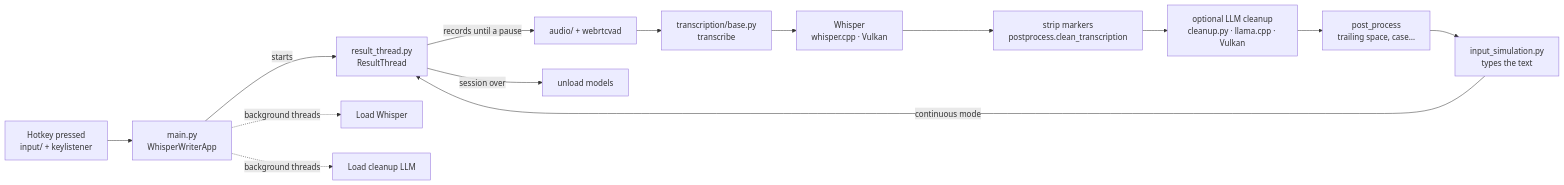
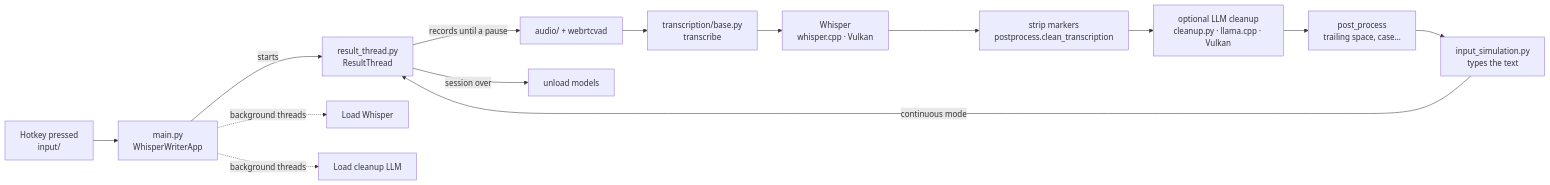
One commit to theodufort/whisper-writer changed the diagram in docs/architecture.md. Above: the diagram before and after it, drawn with Mermaid. The commit also changed other lines of this file and 6 other files, not shown here.

````diff
--- a/docs/architecture.md
+++ b/docs/architecture.md
@@ -7,16 +7,16 @@
 ```mermaid
 flowchart LR
-    K[Hotkey pressed<br/>input/ + keylistener] --> M[main.py<br/>WhisperWriterApp]
+    K[Hotkey pressed<br/>input/] --> M[main.py<br/>WhisperWriterApp]
     M -->|starts| R[result_thread.py<br/>ResultThread]
     M -.->|background threads| L1[Load Whisper]
     M -.->|background threads| L2[Load cleanup LLM]
     R -->|records until a pause| A[audio/ + webrtcvad]
     A --> T[transcription/base.py<br/>transcribe]
     T --> W[Whisper<br/>whisper.cpp · Vulkan]
     W --> C1[strip markers<br/>postprocess.clean_transcription]
     C1 --> C2[optional LLM cleanup<br/>cleanup.py · llama.cpp · Vulkan]
     C2 --> P[post_process<br/>trailing space, case…]
     P --> I[input_simulation.py<br/>types the text]
     I -->|continuous mode| R
     R -->|session over| U[unload models]
 ```
````
